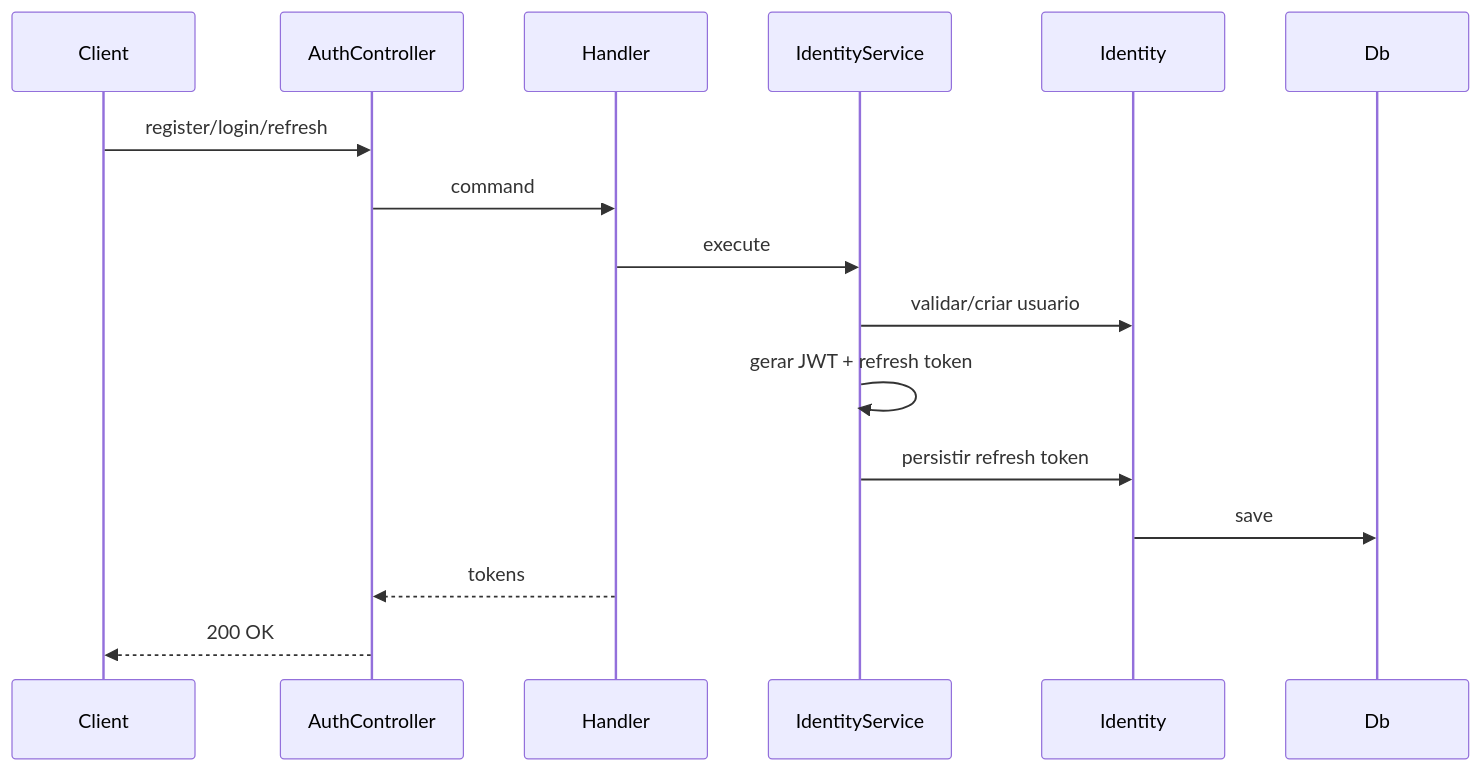
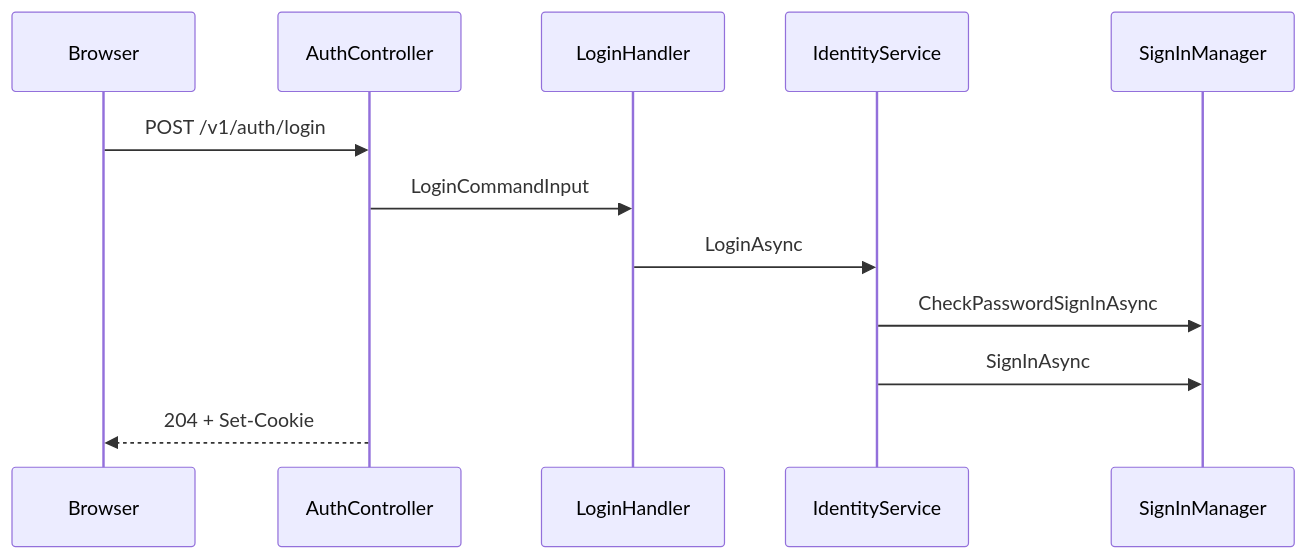
One commit to borrago/CashControl changed the second of 5 diagrams in backend/README.flows.v2.md. Above: the diagram before and after it, drawn with Mermaid. The commit also changed other lines of this file and 65 other files, not shown here.

Commit message:
Refactor web auth to cookie session flow

````diff
--- a/backend/README.flows.v2.md
+++ b/backend/README.flows.v2.md
@@ -164,19 +50,15 @@
 ```mermaid
 sequenceDiagram
-    participant Client
+    participant Browser
     participant AuthController
-    participant Handler
+    participant LoginHandler
     participant IdentityService
-    participant Identity
-    participant Db
+    participant SignInManager
 
-    Client->>AuthController: register/login/refresh
-    AuthController->>Handler: command
-    Handler->>IdentityService: execute
-    IdentityService->>Identity: validar/criar usuario
-    IdentityService->>IdentityService: gerar JWT + refresh token
-    IdentityService->>Identity: persistir refresh token
-    Identity->>Db: save
-    Handler-->>AuthController: tokens
-    AuthController-->>Client: 200 OK
+    Browser->>AuthController: POST /v1/auth/login
+    AuthController->>LoginHandler: LoginCommandInput
+    LoginHandler->>IdentityService: LoginAsync
+    IdentityService->>SignInManager: CheckPasswordSignInAsync
+    IdentityService->>SignInManager: SignInAsync
+    AuthController-->>Browser: 204 + Set-Cookie
 ```
````
